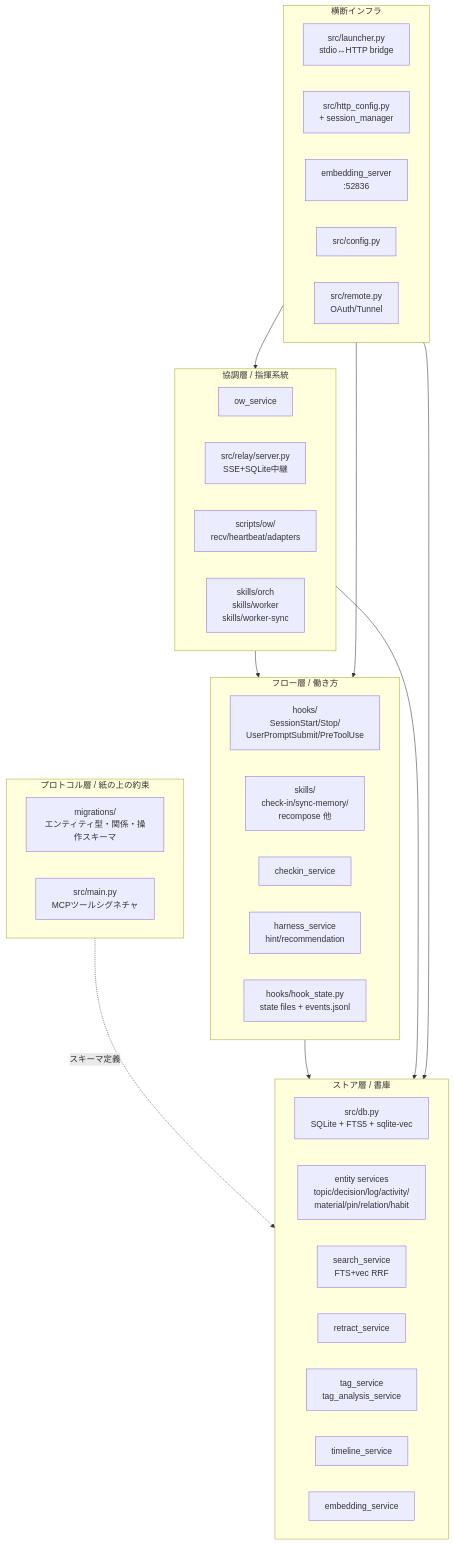
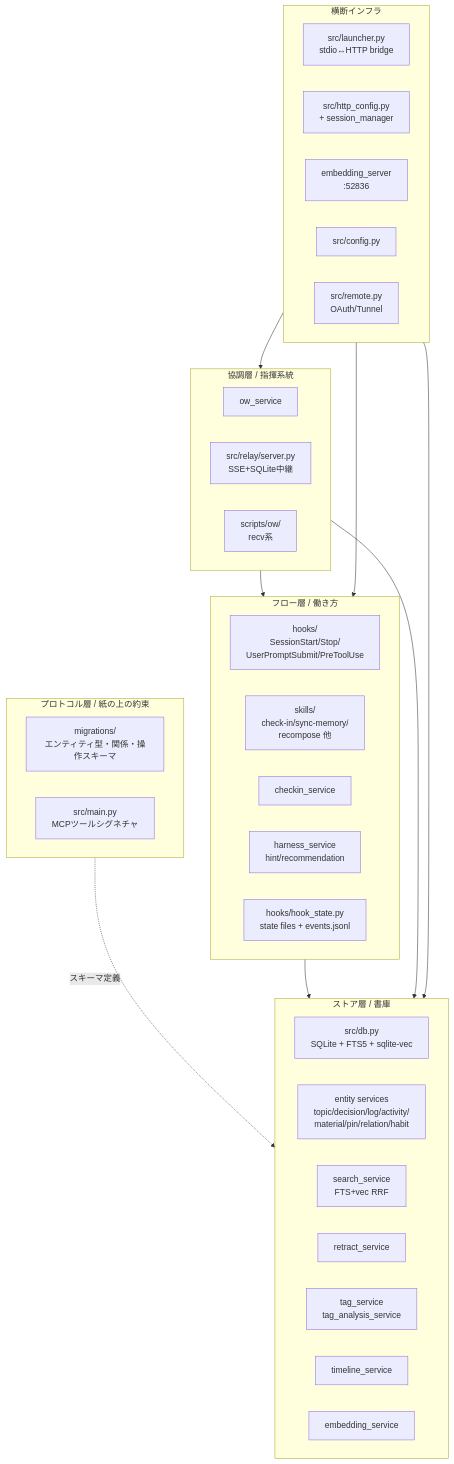
Before and after one commit to isizono/calm: the first of 2 diagrams in docs/architecture/components.md, drawn with Mermaid. The commit also changed other lines of this file and 2 other files, not shown here.

First line of the commit message:
docs: ow指揮層撤去に伴い構成図・README・openapiを同期

````diff
--- a/docs/architecture/components.md
+++ b/docs/architecture/components.md
@@ -23,48 +23,47 @@
 ```mermaid
 graph TB
     subgraph Protocol["プロトコル層 / 紙の上の約束"]
         Migrations["migrations/<br/>エンティティ型・関係・操作スキーマ"]
         MCPSchema["src/main.py<br/>MCPツールシグネチャ"]
     end
 
     subgraph Store["ストア層 / 書庫"]
         DB["src/db.py<br/>SQLite + FTS5 + sqlite-vec"]
         EntityServices["entity services<br/>topic/decision/log/activity/<br/>material/pin/relation/habit"]
         SearchService["search_service<br/>FTS+vec RRF"]
         RetractService["retract_service"]
         TagService["tag_service<br/>tag_analysis_service"]
         TimelineService["timeline_service"]
         EmbeddingService["embedding_service"]
     end
 
     subgraph Flow["フロー層 / 働き方"]
         Hooks["hooks/<br/>SessionStart/Stop/<br/>UserPromptSubmit/PreToolUse"]
         Skills["skills/<br/>check-in/sync-memory/<br/>recompose 他"]
         CheckinService["checkin_service"]
         HarnessService["harness_service<br/>hint/recommendation"]
         HookState["hooks/hook_state.py<br/>state files + events.jsonl"]
     end
 
     subgraph Coord["協調層 / 指揮系統"]
         OwService["ow_service"]
         Relay["src/relay/server.py<br/>SSE+SQLite中継"]
-        OwScripts["scripts/ow/<br/>recv/heartbeat/adapters"]
-        OrchSkills["skills/orch<br/>skills/worker<br/>skills/worker-sync"]
+        OwScripts["scripts/ow/<br/>recv系"]
     end
 
     subgraph Infra["横断インフラ"]
         Launcher["src/launcher.py<br/>stdio↔HTTP bridge"]
         HTTPServer["src/http_config.py<br/>+ session_manager"]
         EmbeddingServer["embedding_server<br/>:52836"]
         Config["src/config.py"]
         Remote["src/remote.py<br/>OAuth/Tunnel"]
     end
 
     Protocol -.スキーマ定義.-> Store
     Flow --> Store
     Coord --> Store
     Coord --> Flow
     Infra --> Store
     Infra --> Flow
     Infra --> Coord
 ```
````
